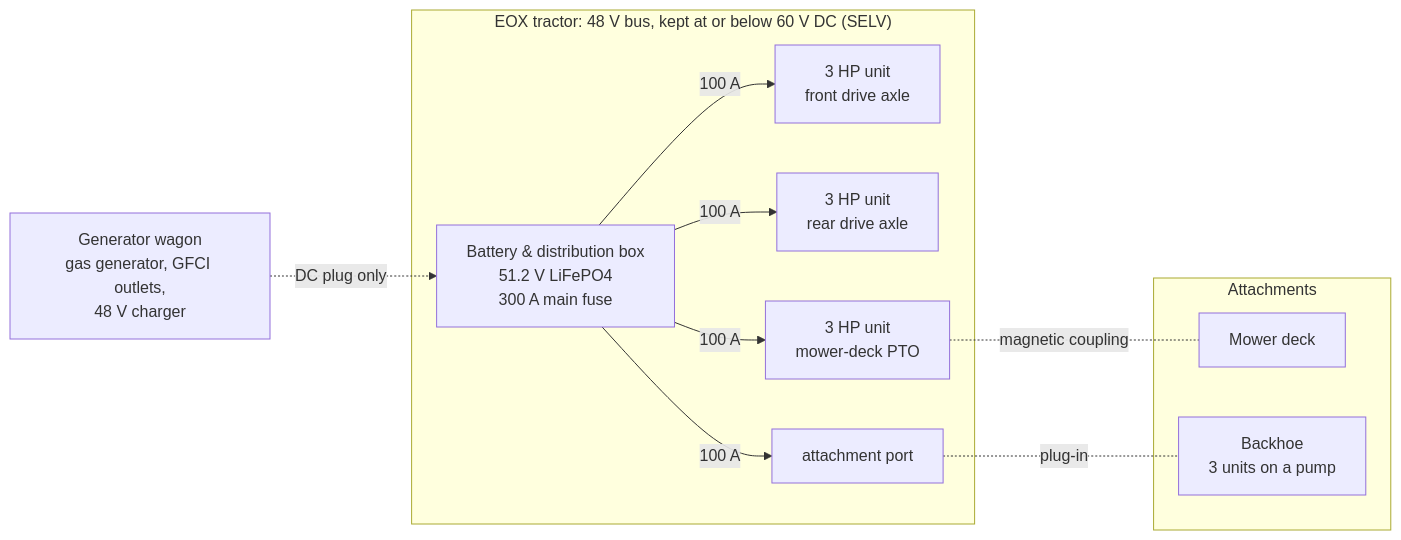
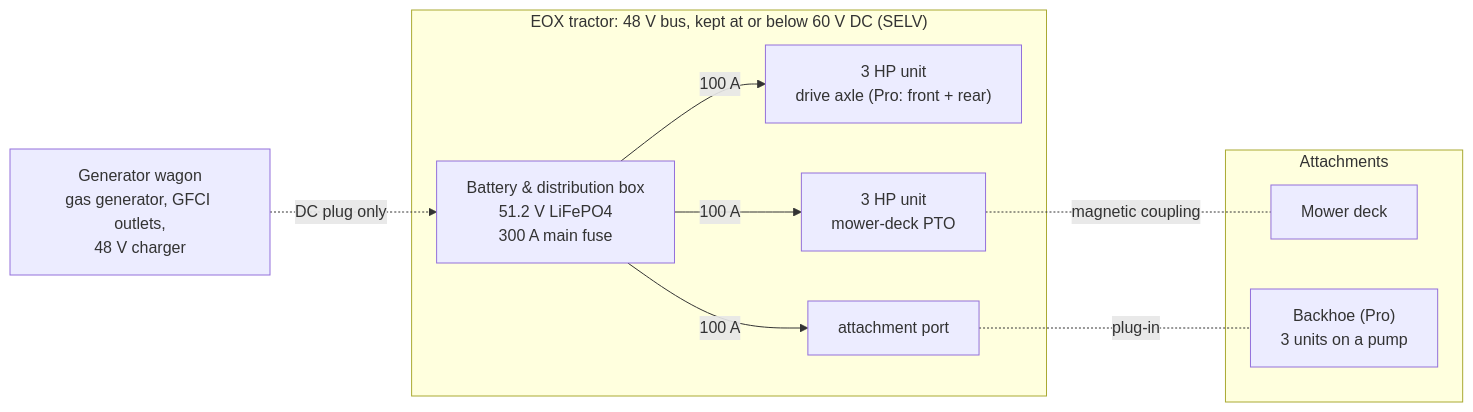
The first of 3 diagrams in README.md (zacharyelston/EOx), drawn with Mermaid before and after one commit. The commit also changed other lines of this file and 36 other files, not shown here.

````diff
--- a/README.md
+++ b/README.md
@@ -26,17 +25,16 @@
 ```mermaid
 flowchart LR
   G["Generator wagon<br/>gas generator, GFCI outlets,<br/>48 V charger"] -. "DC plug only" .-> BOX
   subgraph T["EOX tractor: 48 V bus, kept at or below 60 V DC (SELV)"]
     BOX["Battery & distribution box<br/>51.2 V LiFePO4<br/>300 A main fuse"]
-    BOX -->|"100 A"| D1["3 HP unit<br/>front drive axle"]
-    BOX -->|"100 A"| D2["3 HP unit<br/>rear drive axle"]
+    BOX -->|"100 A"| D1["3 HP unit<br/>drive axle (Pro: front + rear)"]
     BOX -->|"100 A"| P["3 HP unit<br/>mower-deck PTO"]
     BOX -->|"100 A"| A["attachment port"]
   end
   subgraph ATT["Attachments"]
     DK["Mower deck"]
-    BH["Backhoe<br/>3 units on a pump"]
+    BH["Backhoe (Pro)<br/>3 units on a pump"]
   end
   P -. "magnetic coupling" .- DK
   A -. "plug-in" .- BH
 ```
````
